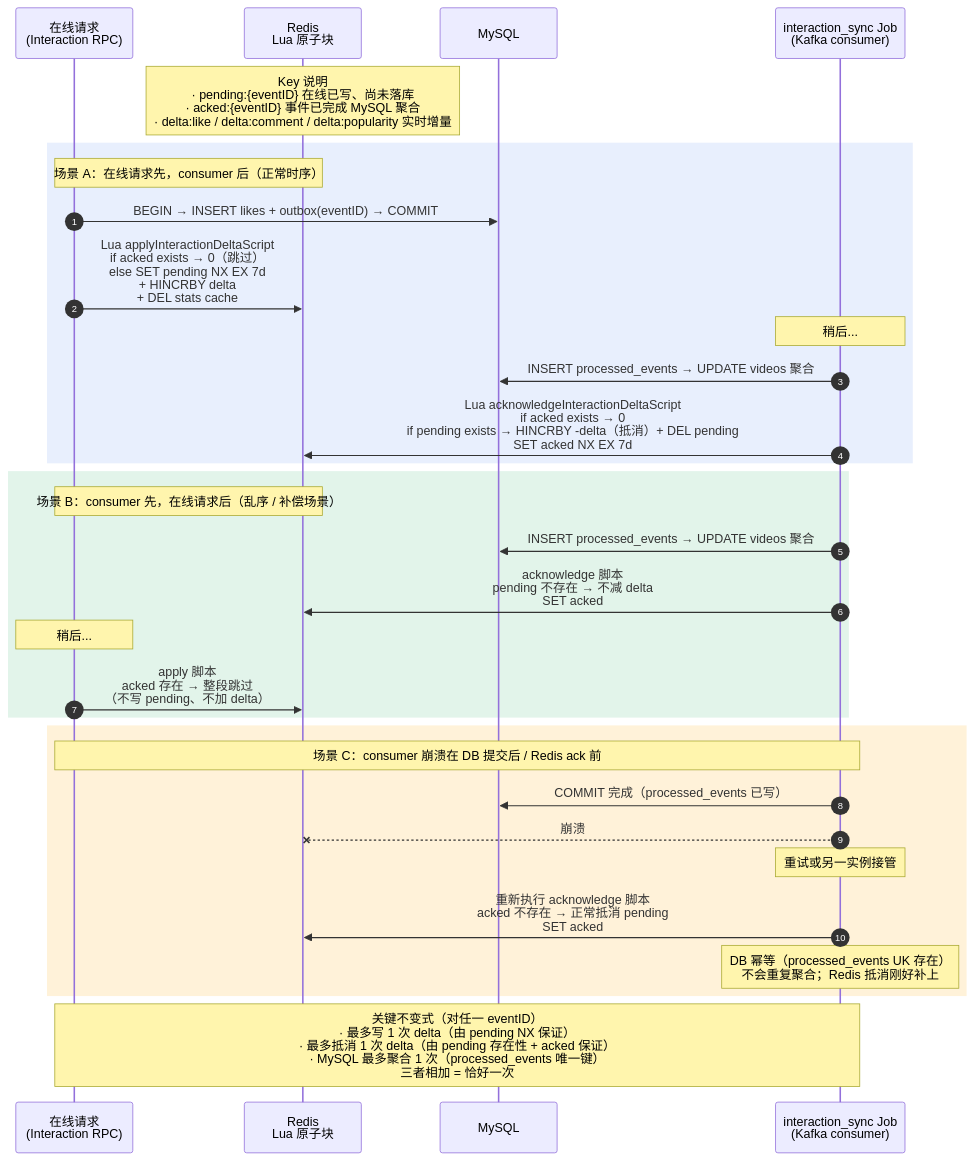
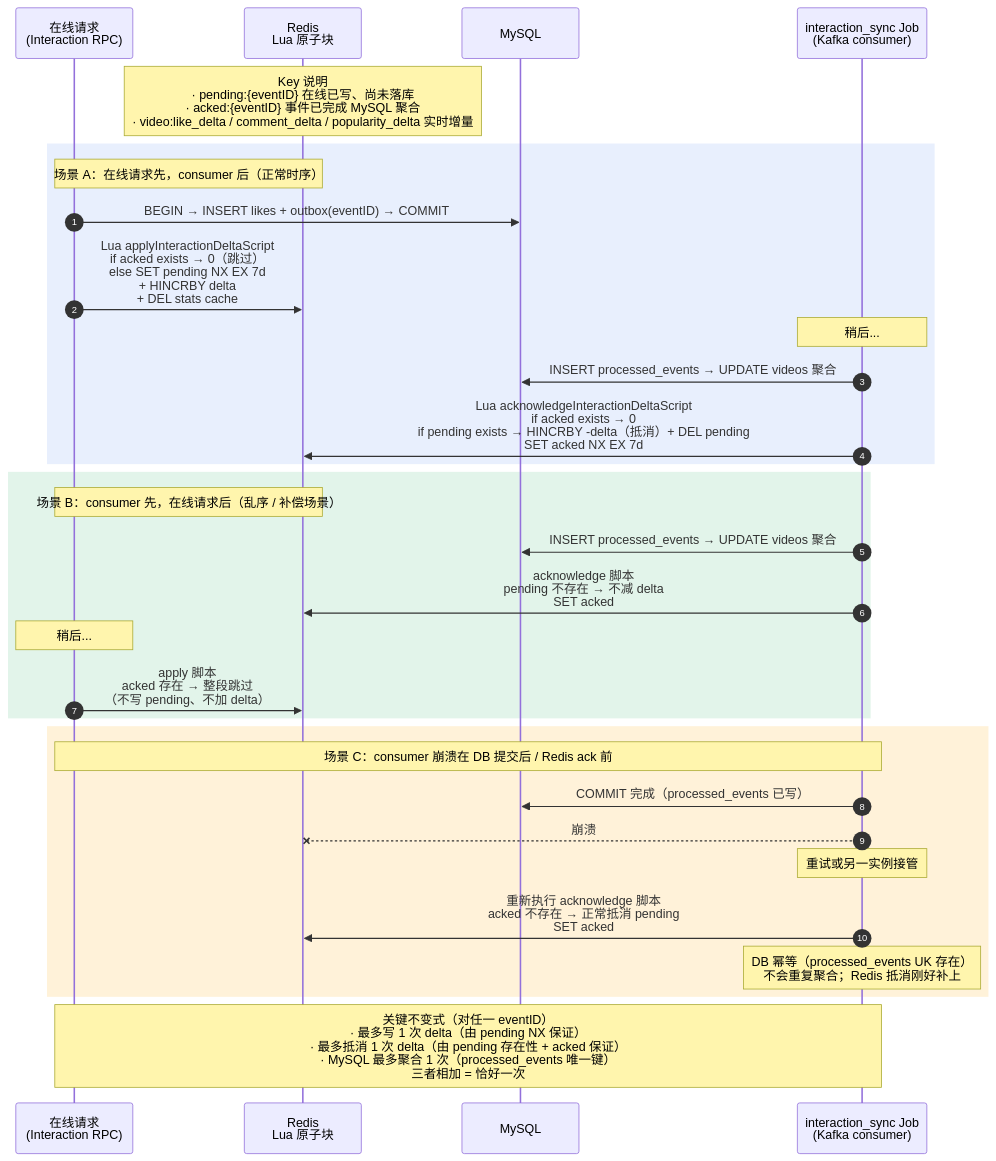
The seventh of 17 diagrams in docs/PROJECT_OVERVIEW.md (Redeemz473/feedsystem-zero), drawn with Mermaid before and after one commit. The commit also changed other lines of this file and 46 other files, not shown here.

````diff
--- a/docs/PROJECT_OVERVIEW.md
+++ b/docs/PROJECT_OVERVIEW.md
@@ -619,38 +629,38 @@
 ```mermaid
 sequenceDiagram
     autonumber
     participant O as 在线请求<br/>(Interaction RPC)
     participant R as Redis<br/>Lua 原子块
     participant DB as MySQL
     participant J as interaction_sync Job<br/>(Kafka consumer)
 
-    Note over R: Key 说明<br/>· pending:{eventID}  在线已写、尚未落库<br/>· acked:{eventID}    事件已完成 MySQL 聚合<br/>· delta:like / delta:comment / delta:popularity  实时增量
+    Note over R: Key 说明<br/>· pending:{eventID}  在线已写、尚未落库<br/>· acked:{eventID}    事件已完成 MySQL 聚合<br/>· video:like_delta / comment_delta / popularity_delta  实时增量
 
     rect rgba(100, 149, 237, 0.15)
       Note over O,R: 场景 A：在线请求先，consumer 后（正常时序）
       O->>DB: BEGIN → INSERT likes + outbox(eventID) → COMMIT
       O->>R: Lua applyInteractionDeltaScript<br/>if acked exists → 0（跳过）<br/>else SET pending NX EX 7d<br/>+ HINCRBY delta<br/>+ DEL stats cache
       Note over J: 稍后...
       J->>DB: INSERT processed_events → UPDATE videos 聚合
       J->>R: Lua acknowledgeInteractionDeltaScript<br/>if acked exists → 0<br/>if pending exists → HINCRBY -delta（抵消）+ DEL pending<br/>SET acked NX EX 7d
     end
 
     rect rgba(60, 179, 113, 0.15)
       Note over O,R: 场景 B：consumer 先，在线请求后（乱序 / 补偿场景）
       J->>DB: INSERT processed_events → UPDATE videos 聚合
       J->>R: acknowledge 脚本<br/>pending 不存在 → 不减 delta<br/>SET acked
       Note over O: 稍后...
       O->>R: apply 脚本<br/>acked 存在 → 整段跳过<br/>（不写 pending、不加 delta）
     end
 
     rect rgba(255, 165, 0, 0.15)
       Note over O,J: 场景 C：consumer 崩溃在 DB 提交后 / Redis ack 前
       J->>DB: COMMIT 完成（processed_events 已写）
       J--xR: 崩溃
       Note over J: 重试或另一实例接管
       J->>R: 重新执行 acknowledge 脚本<br/>acked 不存在 → 正常抵消 pending<br/>SET acked
       Note over J: DB 幂等（processed_events UK 存在）<br/>不会重复聚合；Redis 抵消刚好补上
     end
 
     Note over O,J: 关键不变式（对任一 eventID）<br/>· 最多写 1 次 delta（由 pending NX 保证）<br/>· 最多抵消 1 次 delta（由 pending 存在性 + acked 保证）<br/>· MySQL 最多聚合 1 次（processed_events 唯一键）<br/>三者相加 = 恰好一次
 ```
````
